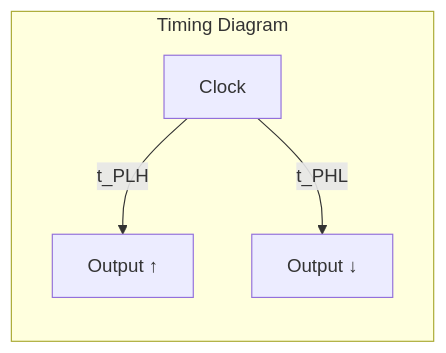
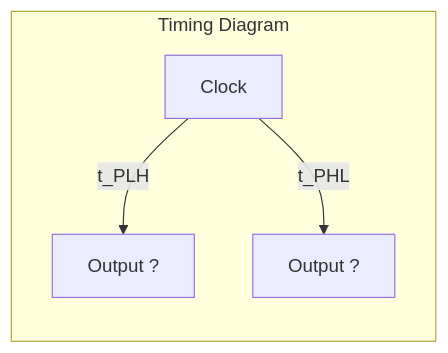
The third of 9 diagrams in docs/courses/digital-logic/03-logic-gates.md (Raushan666java/ai-engineering-journey), drawn with Mermaid before and after one commit. The commit also changed other lines of this file and 790 other files, not shown here.

Commit message:
Sync all course diagram renders and content updates

````diff
--- a/docs/courses/digital-logic/03-logic-gates.md
+++ b/docs/courses/digital-logic/03-logic-gates.md
@@ -227,7 +227,7 @@
 ```mermaid
 graph LR
     subgraph "Timing Diagram"
-        CLK["Clock"] -->|"t_PLH"| Q1["Output ↑"]
-        CLK -->|"t_PHL"| Q2["Output ↓"]
+        CLK["Clock"] -->|"t_PLH"| Q1["Output ?"]
+        CLK -->|"t_PHL"| Q2["Output ?"]
     end
 ```
````
